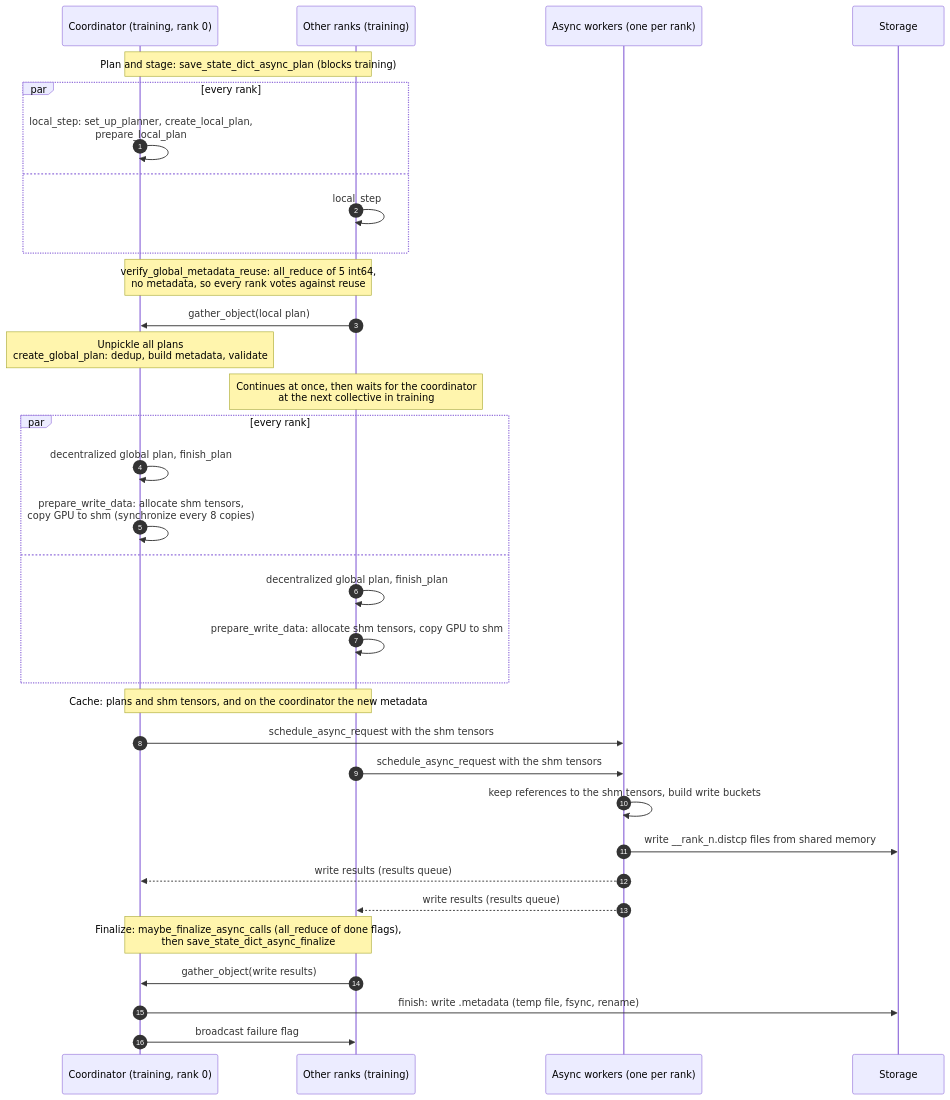
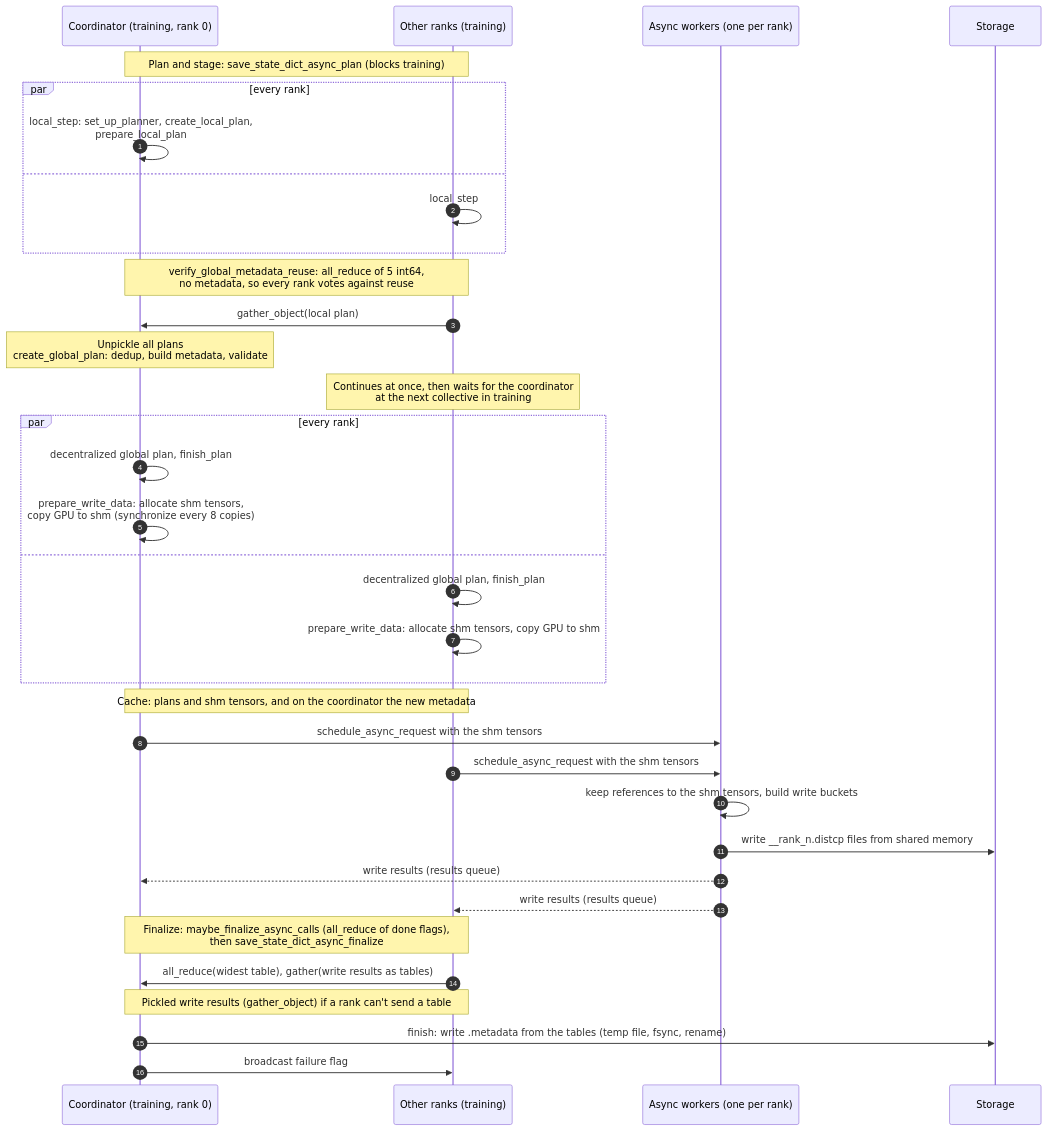
One commit to NVIDIA/nvidia-resiliency-ext changed the first of 3 diagrams in docs/design/checkpoint/ASYNC_SAVE.md. Above: the diagram before and after it, drawn with Mermaid. The commit also changed other lines of this file, not shown here.

Commit message:
Show the write-result tables in the async save design diagrams

````diff
--- a/docs/design/checkpoint/ASYNC_SAVE.md
+++ b/docs/design/checkpoint/ASYNC_SAVE.md
@@ -55,39 +55,40 @@
 ```mermaid
 sequenceDiagram
     autonumber
     participant C as Coordinator (training, rank 0)
     participant R as Other ranks (training)
     participant W as Async workers (one per rank)
     participant S as Storage
 
     Note over C,R: Plan and stage: save_state_dict_async_plan (blocks training)
     par every rank
         C->>C: local_step: set_up_planner, create_local_plan,<br/>prepare_local_plan
     and
         R->>R: local_step
     end
     Note over C,R: verify_global_metadata_reuse: all_reduce of 5 int64,<br/>no metadata, so every rank votes against reuse
     R->>C: gather_object(local plan)
     Note over C: Unpickle all plans<br/>create_global_plan: dedup, build metadata, validate
     Note over R: Continues at once, then waits for the coordinator<br/>at the next collective in training
     par every rank
         C->>C: decentralized global plan, finish_plan
         C->>C: prepare_write_data: allocate shm tensors,<br/>copy GPU to shm (synchronize every 8 copies)
     and
         R->>R: decentralized global plan, finish_plan
         R->>R: prepare_write_data: allocate shm tensors, copy GPU to shm
     end
     Note over C,R: Cache: plans and shm tensors, and on the coordinator the new metadata
 
     C->>W: schedule_async_request with the shm tensors
     R->>W: schedule_async_request with the shm tensors
     W->>W: keep references to the shm tensors, build write buckets
     W->>S: write __rank_n.distcp files from shared memory
     W-->>C: write results (results queue)
     W-->>R: write results (results queue)
 
     Note over C,R: Finalize: maybe_finalize_async_calls (all_reduce of done flags),<br/>then save_state_dict_async_finalize
-    R->>C: gather_object(write results)
-    C->>S: finish: write .metadata (temp file, fsync, rename)
+    R->>C: all_reduce(widest table), gather(write results as tables)
+    Note over C,R: Pickled write results (gather_object) if a rank can't send a table
+    C->>S: finish: write .metadata from the tables (temp file, fsync, rename)
     C->>R: broadcast failure flag
 ```
````
